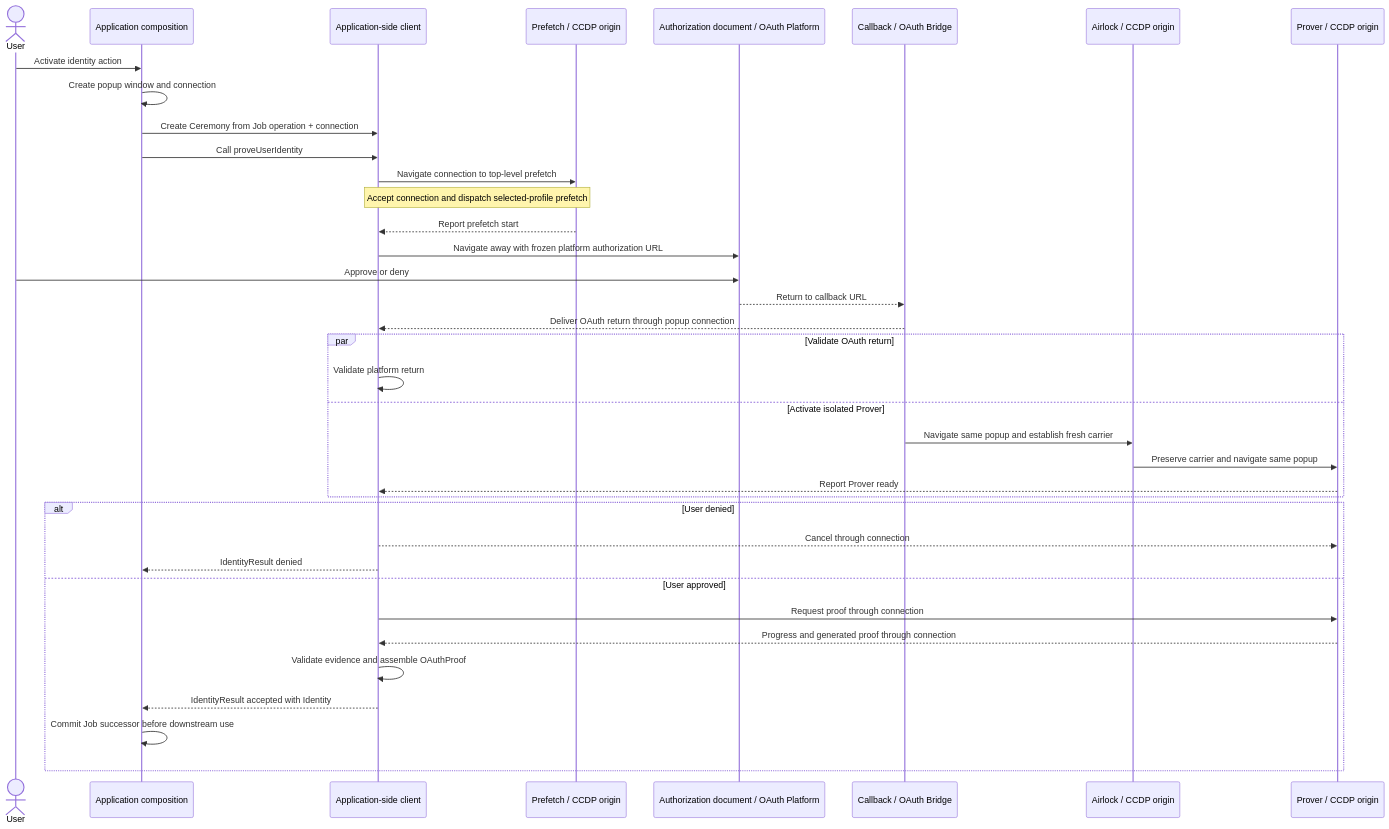
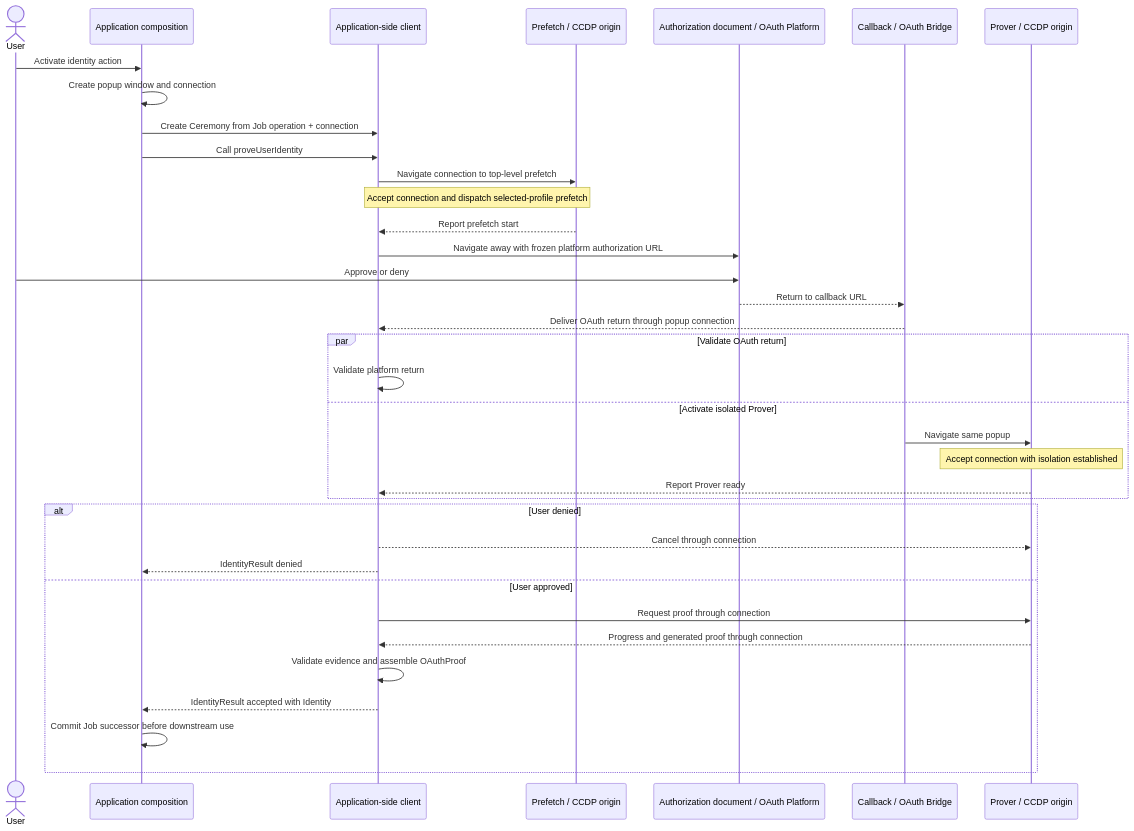
The diagram in ts/packages/ceremony/ARCHITECTURE.md (libid-org/libid), drawn with Mermaid before and after one commit. The commit also changed other lines of this file and 5 other files, not shown here.

Commit message:
docs(ceremony): encapsulate prover isolation below CCDP

````diff
--- a/ts/packages/ceremony/ARCHITECTURE.md
+++ b/ts/packages/ceremony/ARCHITECTURE.md
@@ -45,40 +45,39 @@
 ```mermaid
 sequenceDiagram
     actor U as User
     participant A as Application composition
     participant C as Application-side client
     participant F as Prefetch / CCDP origin
     participant O as Authorization document / OAuth Platform
     participant P as Callback / OAuth Bridge
-    participant L as Airlock / CCDP origin
     participant R as Prover / CCDP origin
 
     U->>A: Activate identity action
     A->>A: Create popup window and connection
     A->>C: Create Ceremony from Job operation + connection
     A->>C: Call proveUserIdentity
     C->>F: Navigate connection to top-level prefetch
     Note over C,F: Accept connection and dispatch selected-profile prefetch
     F-->>C: Report prefetch start
     C->>O: Navigate away with frozen platform authorization URL
     U->>O: Approve or deny
     O-->>P: Return to callback URL
     P-->>C: Deliver OAuth return through popup connection
     par Validate OAuth return
         C->>C: Validate platform return
     and Activate isolated Prover
-        P->>L: Navigate same popup and establish fresh carrier
-        L->>R: Preserve carrier and navigate same popup
+        P->>R: Navigate same popup
+        Note over R: Accept connection with isolation established
         R-->>C: Report Prover ready
     end
     alt User denied
         C-->>R: Cancel through connection
         C-->>A: IdentityResult denied
     else User approved
         C->>R: Request proof through connection
         R-->>C: Progress and generated proof through connection
         C->>C: Validate evidence and assemble OAuthProof
         C-->>A: IdentityResult accepted with Identity
         A->>A: Commit Job successor before downstream use
     end
 ```
````
